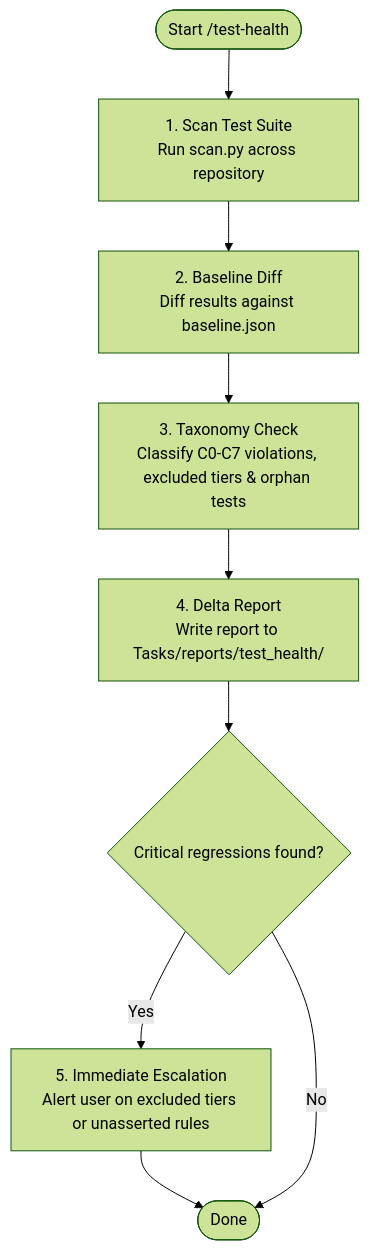
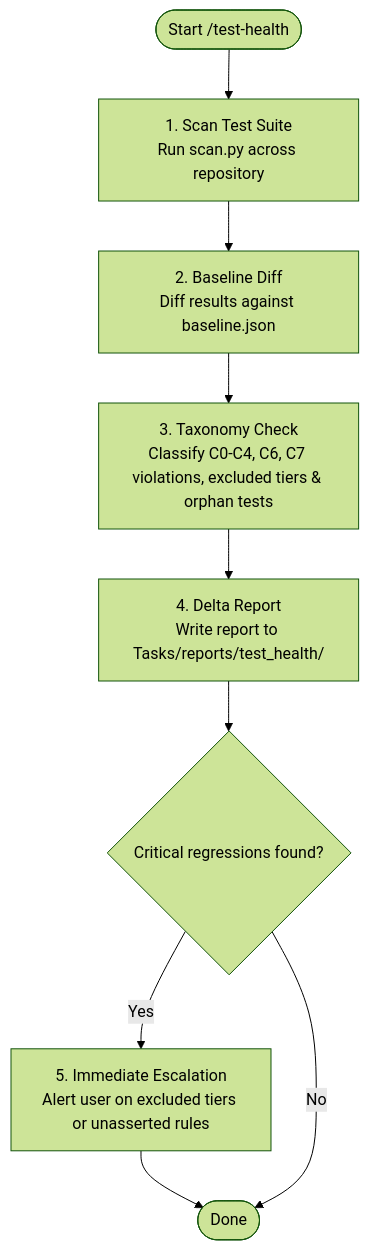
One commit to anhembedded/Sagittarius_Elite_Warrior changed the diagram in .claude/skills/test-health/SKILL.md. Above: the diagram before and after it, drawn with Mermaid (forest theme). The commit also changed other lines of this file and 19 other files, not shown here.

````diff
--- a/.claude/skills/test-health/SKILL.md
+++ b/.claude/skills/test-health/SKILL.md
@@ -12,10 +12,10 @@
 ```mermaid
 flowchart TD
     Start(["Start /test-health"]) --> Scan["1. Scan Test Suite<br/>Run scan.py across repository"]
     Scan --> Diff["2. Baseline Diff<br/>Diff results against baseline.json"]
-    Diff --> Check["3. Taxonomy Check<br/>Classify C0-C7 violations, excluded tiers & orphan tests"]
+    Diff --> Check["3. Taxonomy Check<br/>Classify C0-C4, C6, C7 violations, excluded tiers & orphan tests"]
     Check --> Report["4. Delta Report<br/>Write report to Tasks/reports/test_health/"]
     Report --> Escalate{"Critical regressions found?"}
     Escalate -- Yes --> Alert["5. Immediate Escalation<br/>Alert user on excluded tiers or unasserted rules"] --> Done
     Escalate -- No --> Done(["Done"])
 ```
````
